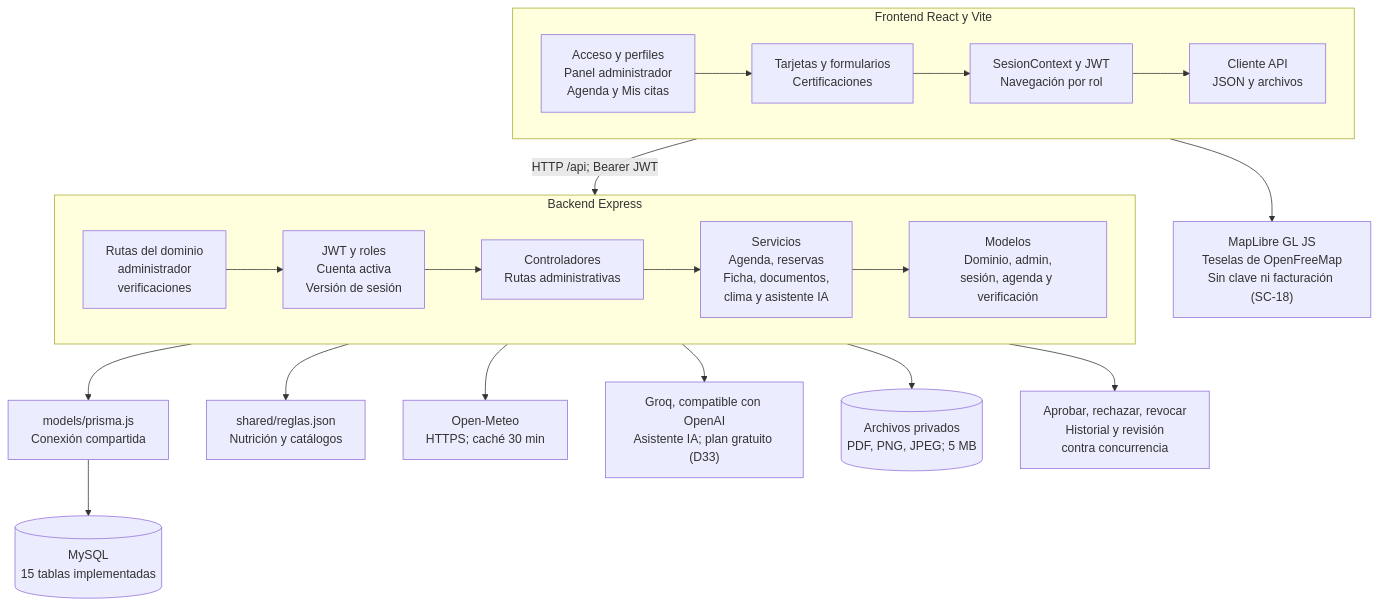
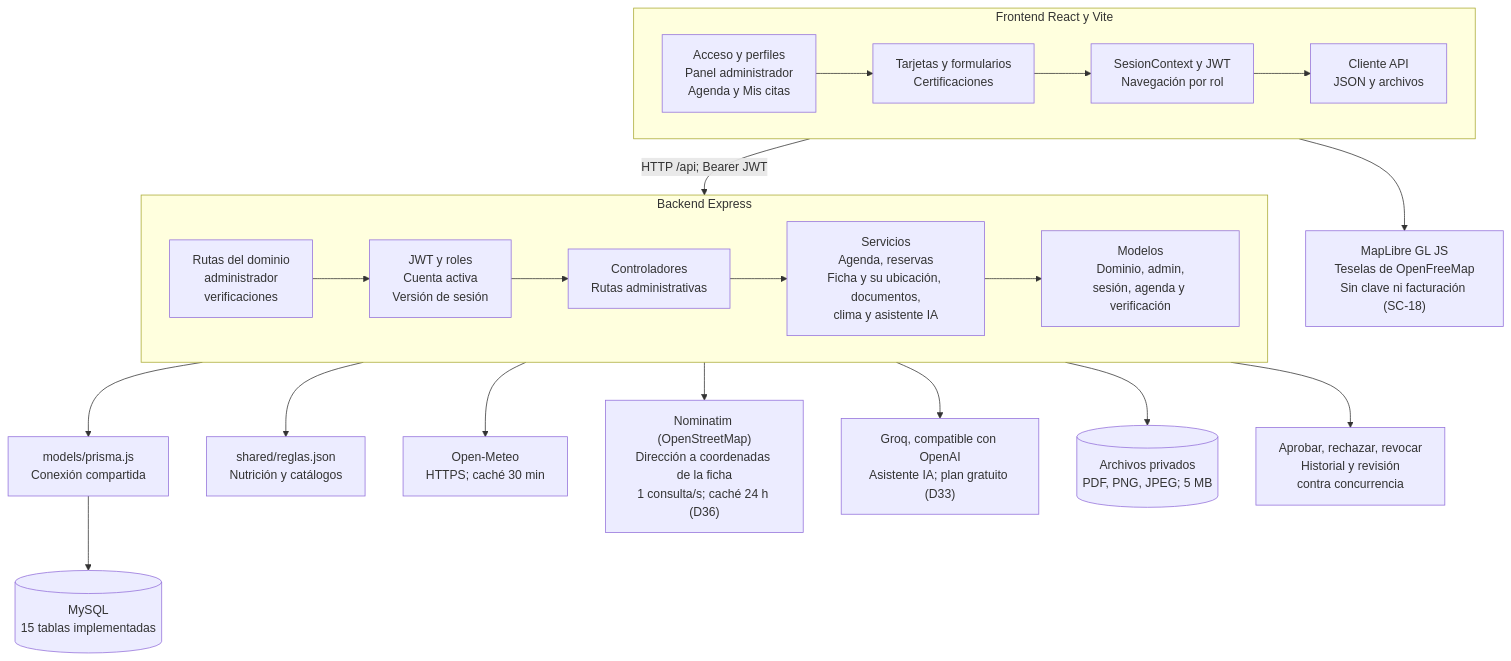
The diagram in FASE 2/Evidencias Proyecto/Evidencias de documentación/Diagramas (Miro)/Actualización Sprint 3/07_Vista_de_Desarrollo.mmd (rodriacr/FitSearch), drawn with Mermaid before and after one commit. The commit also changed 32 other files, not shown here.

First line of the commit message:
SC-28: ubicacion de la ficha profesional por direccion con Nominatim (DAS 1.28)

```diff
--- a/FASE 2/Evidencias Proyecto/Evidencias de documentación/Diagramas (Miro)/Actualización Sprint 3/07_Vista_de_Desarrollo.mmd
+++ b/FASE 2/Evidencias Proyecto/Evidencias de documentación/Diagramas (Miro)/Actualización Sprint 3/07_Vista_de_Desarrollo.mmd
@@ -1,27 +1,28 @@
 flowchart TB
   subgraph SPA[Frontend React y Vite]
     direction LR
     P["Acceso y perfiles<br/>Panel administrador<br/>Agenda y Mis citas"]
     C["Tarjetas y formularios<br/>Certificaciones"]
     S["SesionContext y JWT<br/>Navegación por rol"]
     A["Cliente API<br/>JSON y archivos"]
     P --> C --> S --> A
   end
   subgraph API[Backend Express]
     direction LR
     R["Rutas del dominio<br/>administrador<br/>verificaciones"]
     M["JWT y roles<br/>Cuenta activa<br/>Versión de sesión"]
     K["Controladores<br/>Rutas administrativas"]
-    V["Servicios<br/>Agenda, reservas<br/>Ficha, documentos,<br/>clima y asistente IA"]
+    V["Servicios<br/>Agenda, reservas<br/>Ficha y su ubicación, documentos,<br/>clima y asistente IA"]
     D["Modelos<br/>Dominio, admin,<br/>sesión, agenda y verificación"]
     R --> M --> K --> V --> D
   end
   SPA -->|"HTTP /api; Bearer JWT"| API
   API --> PR["models/prisma.js<br/>Conexión compartida"]
   PR --> DB[("MySQL<br/>15 tablas implementadas")]
   API --> G["shared/reglas.json<br/>Nutrición y catálogos"]
   API --> O["Open-Meteo<br/>HTTPS; caché 30 min"]
+  API --> NM["Nominatim (OpenStreetMap)<br/>Dirección a coordenadas de la ficha<br/>1 consulta/s; caché 24 h (D36)"]
   API --> IA["Groq, compatible con OpenAI<br/>Asistente IA; plan gratuito (D33)"]
   API --> F[("Archivos privados<br/>PDF, PNG, JPEG; 5 MB")]
   API --> N["Aprobar, rechazar, revocar<br/>Historial y revisión<br/>contra concurrencia"]
   SPA --> GM["MapLibre GL JS<br/>Teselas de OpenFreeMap<br/>Sin clave ni facturación (SC-18)"]
```
